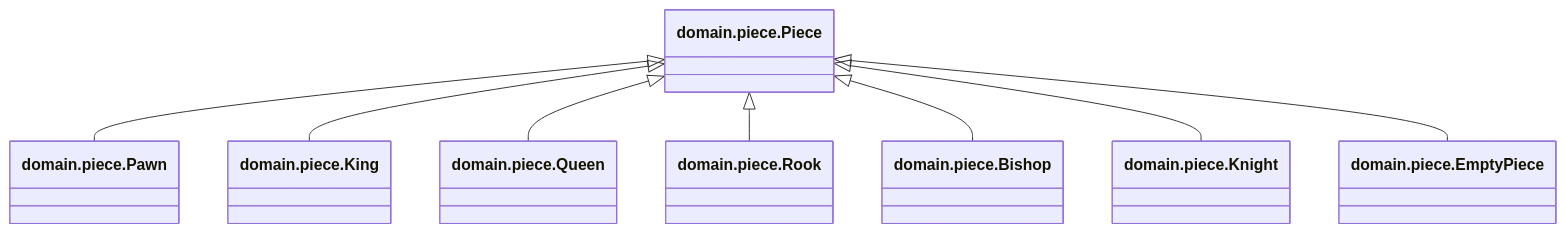
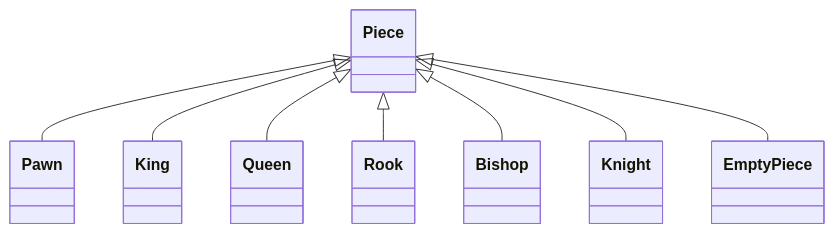
Before and after one commit to woowacourse/java-chess: the second of 2 diagrams in README.md, drawn with Mermaid. The commit also changed other lines of this file and 2 other files, not shown here.

````diff
--- a/README.md
+++ b/README.md
@@ -30,10 +30,10 @@
 ```mermaid
 classDiagram
-    domain.piece.Piece <|-- domain.piece.Pawn
-domain.piece.Piece <|-- domain.piece.King
-domain.piece.Piece <|-- domain.piece.Queen
-domain.piece.Piece <|-- domain.piece.Rook
-domain.piece.Piece <|-- domain.piece.Bishop
-domain.piece.Piece <|-- domain.piece.Knight
-domain.piece.Piece <|-- domain.piece.EmptyPiece
+    Piece <|-- Pawn
+    Piece <|-- King
+    Piece <|-- Queen
+    Piece <|-- Rook
+    Piece <|-- Bishop
+    Piece <|-- Knight
+    Piece <|-- EmptyPiece
 ```
````
